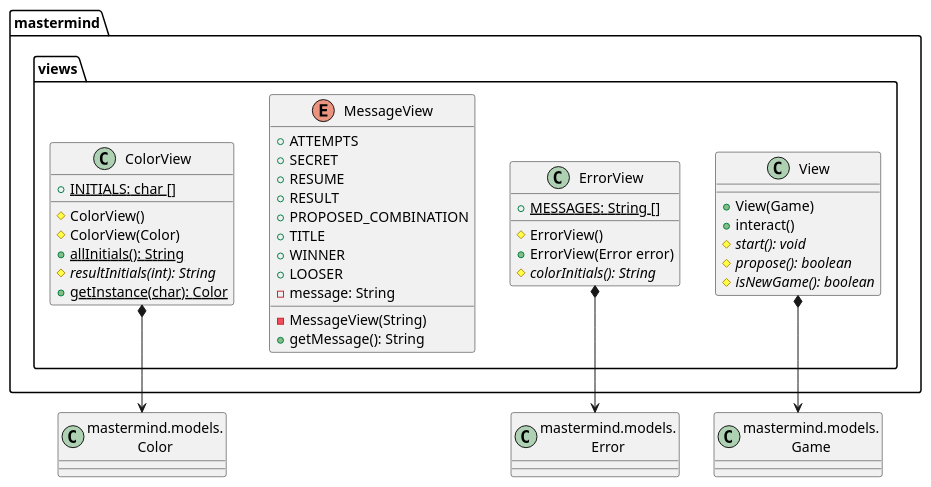
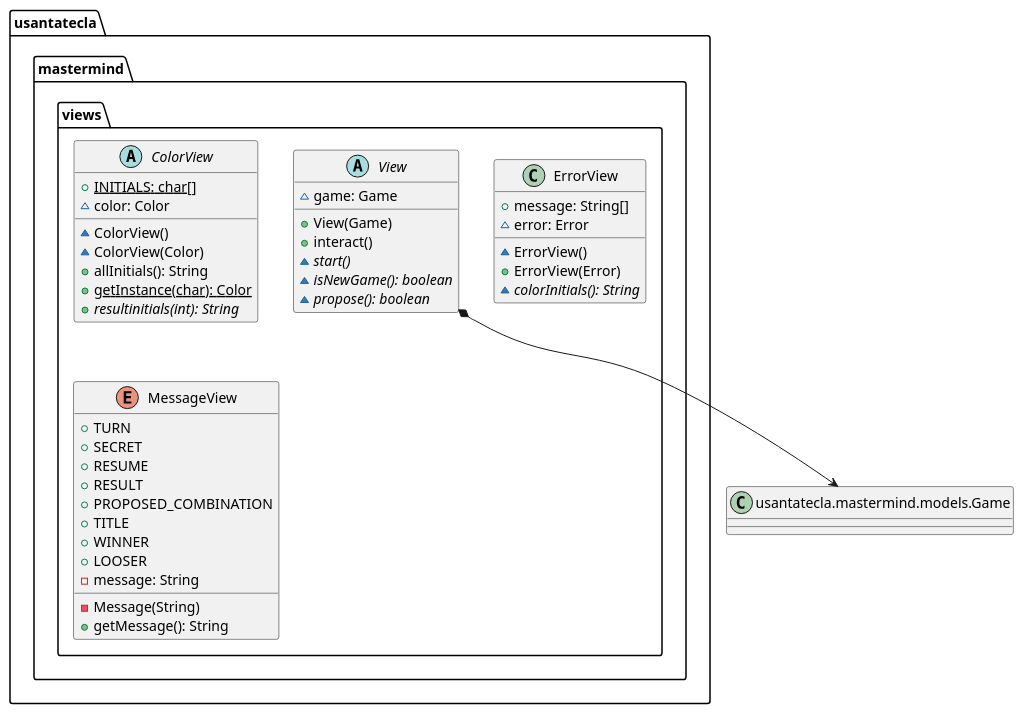
Before and after one commit to SantaTecla-mastermind/solution.java.swing.socket.sql: the second of 6 diagrams in documentView/withFactoryMethod/docs/diagrams/src/paquetes.plantuml, drawn with PlantUML. The commit also changed other lines of this file and 12 other files, not shown here.

Commit message:
DocumentView.WithFactoryMethod diagrams 2.0

```diff
--- a/documentView/withFactoryMethod/docs/diagrams/src/paquetes.plantuml
+++ b/documentView/withFactoryMethod/docs/diagrams/src/paquetes.plantuml
@@ -28,46 +37,47 @@
 @startuml mastermind.views
-class Error as "mastermind.models.\nError"{}
-class Color as "mastermind.models.\nColor"{}
-class Game as "mastermind.models.\nGame"{}
-
-class mastermind.views.ColorView{
-    + {static} INITIALS: char []
-    # ColorView()
-    # ColorView(Color)
-    + {static} allInitials(): String
-    # {abstract} resultInitials(int): String
-    + {static} getInstance(char): Color
-}
-mastermind.views.ColorView *-down-> Color
-
-class mastermind.views.ErrorView{
-    + {static} MESSAGES: String []
-    # ErrorView()
-    + ErrorView(Error error)
-    # {abstract} colorInitials(): String
-}
-mastermind.views.ErrorView *-down-> Error
-
-enum mastermind.views.MessageView{
-    + ATTEMPTS
-    + SECRET
-    + RESUME
-    + RESULT
-    + PROPOSED_COMBINATION
-    + TITLE
-    + WINNER
-    + LOOSER
-    - message: String
-    - MessageView(String)
-    + getMessage(): String
+abstract class  usantatecla.mastermind.views.ColorView{
++{static} INITIALS: char[]
+~color: Color
+~ ColorView()
+~ ColorView(Color)
++ allInitials(): String
++ {static} getInstance(char): Color
++ {abstract} resultinitials(int): String
 }
 
-class mastermind.views.View {
-    + View(Game)
-    + interact()
-    # {abstract} start(): void
-    # {abstract} propose(): boolean
-    # {abstract} isNewGame(): boolean
+class  usantatecla.mastermind.views.ErrorView{
++ message: String[]
+~ error: Error
+~ ErrorView()
++ ErrorView(Error)
+~ {abstract} colorInitials(): String
 }
-mastermind.views.View *-down-> Game
+
+enum  usantatecla.mastermind.views.MessageView{
++ TURN
++ SECRET
++ RESUME
++ RESULT
++ PROPOSED_COMBINATION
++ TITLE
++ WINNER
++ LOOSER
+- message: String
+- Message(String)
++ getMessage(): String
+}
+
+abstract class  usantatecla.mastermind.views.View{
+~ game: Game
++ View(Game)
++ interact() 
+~ {abstract} start() 
+~ {abstract} isNewGame(): boolean
+~ {abstract} propose(): boolean
+}
+
+class Game as "usantatecla.mastermind.models.Game"{
+
+}
+usantatecla.mastermind.views.View *-down-> Game
 @enduml
```
